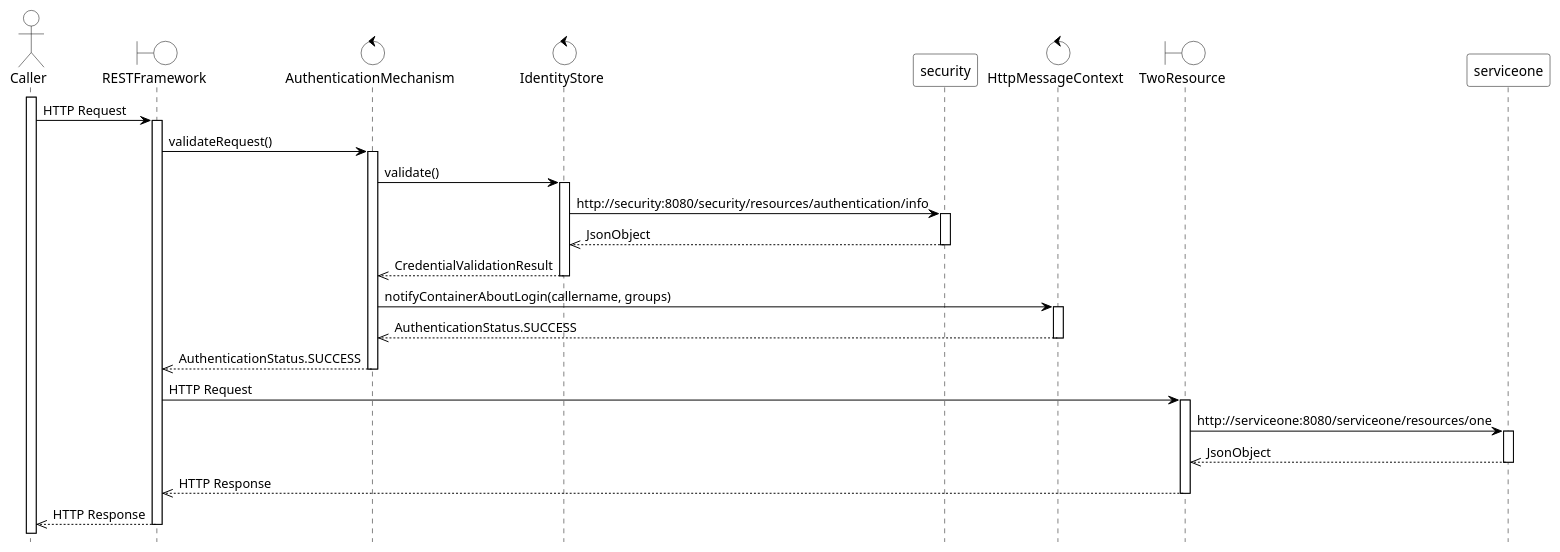
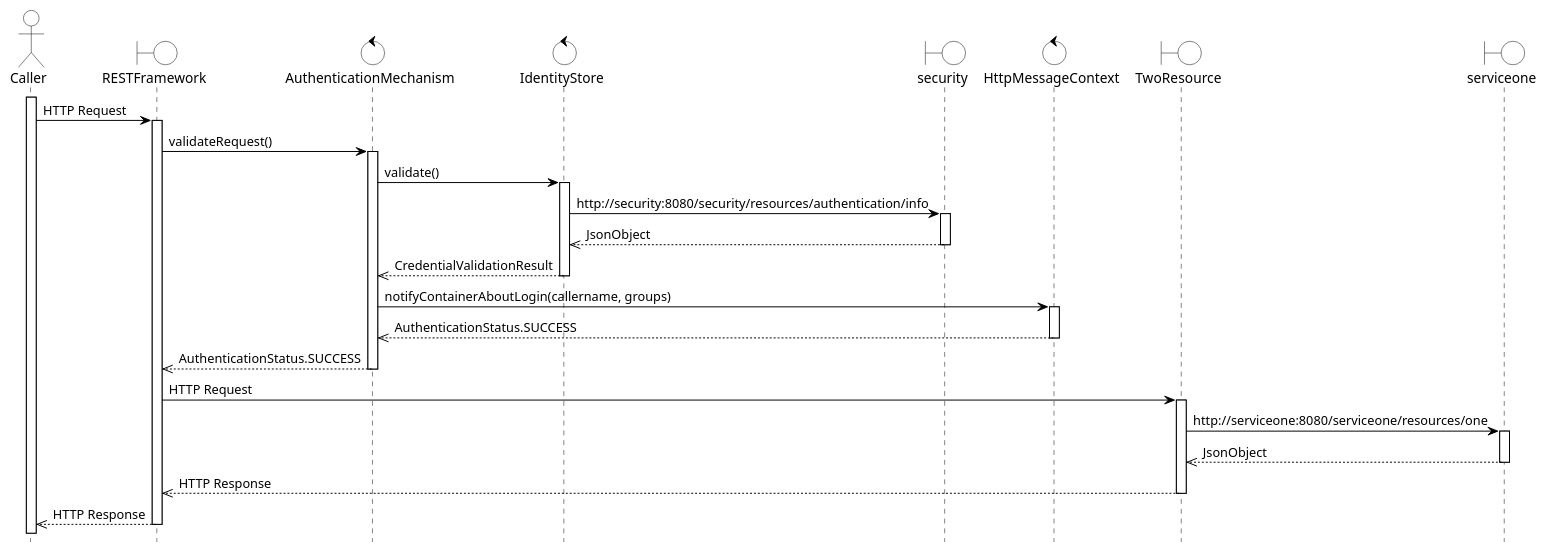
Before and after one commit to e-gineering/micro-playground: the diagram in diagrams/servicetwo-sequence.puml, drawn with PlantUML. The commit also changed 1 other file, not shown here.

```diff
--- a/diagrams/servicetwo-sequence.puml
+++ b/diagrams/servicetwo-sequence.puml
@@ -1,82 +1,77 @@
 @startuml
 
 hide footbox
 
 skinparam sequence {
     arrowColor black
     LifeLineBorderColor black
 }
 
 skinparam actor {
     backgroundColor white
     borderColor black
 }
 
 skinparam boundary {
     backgroundColor white
     borderColor black
 }
 
 skinparam control {
     backgroundColor white
     borderColor black
 }
 
-skinparam participant {
-    backgroundColor white
-    borderColor black
-}
-
 actor Caller
 boundary RESTFramework
 control AuthenticationMechanism
 control IdentityStore
-participant security
+boundary security
 control HttpMessageContext
 boundary TwoResource
-participant serviceone
+boundary serviceone
 
 activate Caller
 
 Caller -> RESTFramework : HTTP Request
 activate RESTFramework
 
     RESTFramework -> AuthenticationMechanism : validateRequest()
     activate AuthenticationMechanism
         AuthenticationMechanism -> IdentityStore : validate()
         activate IdentityStore
 
             IdentityStore -> security : http://security:8080/security/resources/authentication/info
             activate security
 
             security -->> IdentityStore : JsonObject
             deactivate security
 
         IdentityStore -->> AuthenticationMechanism : CredentialValidationResult
         deactivate IdentityStore
 
         AuthenticationMechanism -> HttpMessageContext : notifyContainerAboutLogin(callername, groups)
         activate HttpMessageContext
         HttpMessageContext -->> AuthenticationMechanism : AuthenticationStatus.SUCCESS
         deactivate HttpMessageContext
 
     AuthenticationMechanism -->> RESTFramework : AuthenticationStatus.SUCCESS
     deactivate AuthenticationMechanism
 
 
     RESTFramework -> TwoResource : HTTP Request
     activate TwoResource
 
         TwoResource -> serviceone : http://serviceone:8080/serviceone/resources/one
         activate serviceone
 
         serviceone -->> TwoResource : JsonObject
         deactivate serviceone
 
     TwoResource -->> RESTFramework : HTTP Response
     deactivate TwoResource
 
 RESTFramework -->> Caller : HTTP Response
 deactivate RESTFramework
 
 @enduml
```
